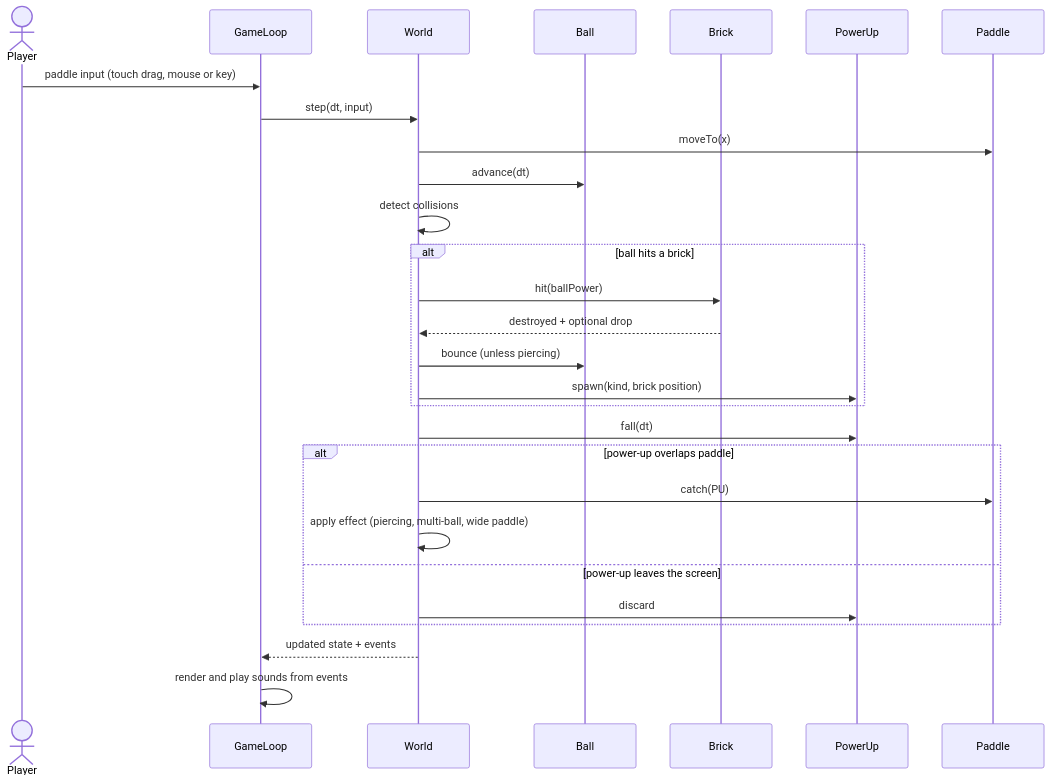
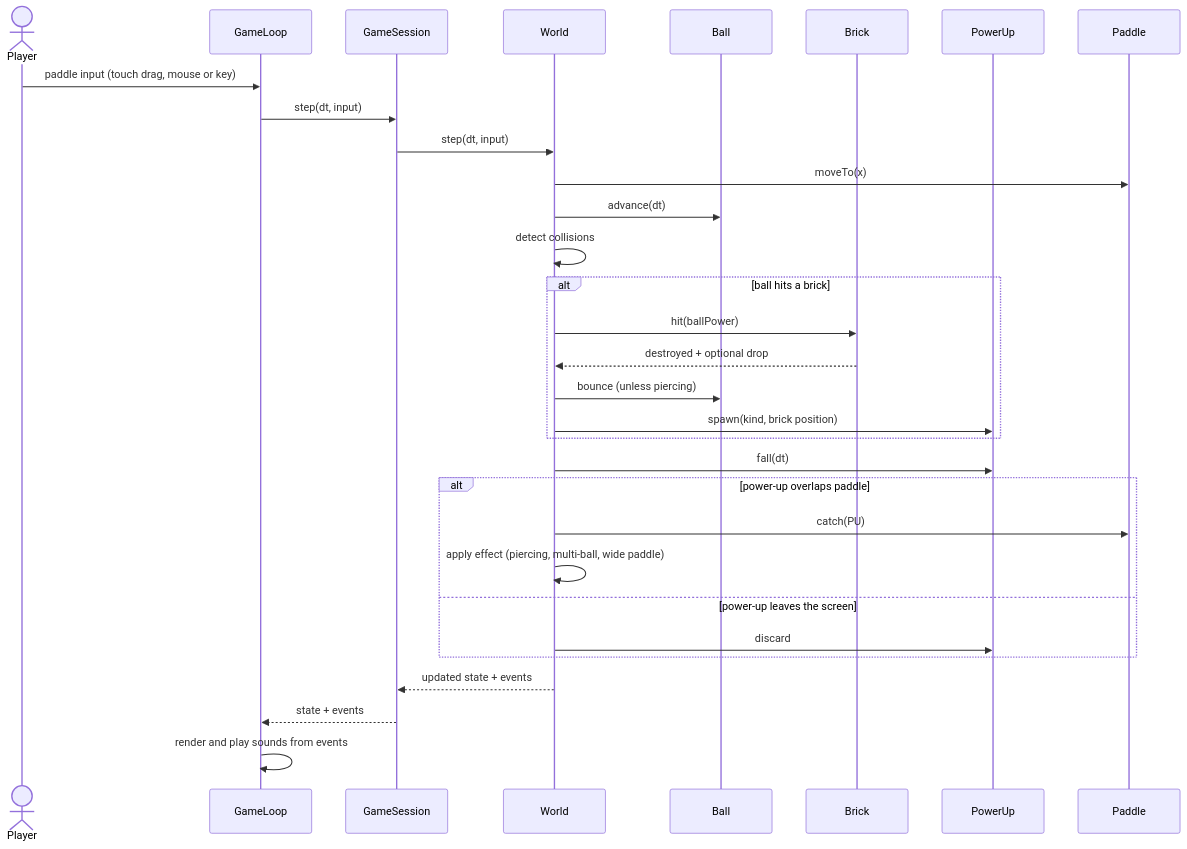
Before and after one commit to benoit-bremaud/retro-bounce: the diagram in docs/architecture/diagrams/gameplay/02-sequence-brick-hit-and-power-up.md, drawn with Mermaid. The commit also changed 4 other files, not shown here.

Commit message:
docs(gameplay): align UML diagrams after self-review

````diff
--- a/docs/architecture/diagrams/gameplay/02-sequence-brick-hit-and-power-up.md
+++ b/docs/architecture/diagrams/gameplay/02-sequence-brick-hit-and-power-up.md
@@ -12,30 +12,33 @@
 ```mermaid
 sequenceDiagram
   actor P as Player
   participant GL as GameLoop
+  participant S as GameSession
   participant W as World
   participant B as Ball
   participant BR as Brick
   participant PU as PowerUp
   participant PD as Paddle
   P->>GL: paddle input (touch drag, mouse or key)
-  GL->>W: step(dt, input)
+  GL->>S: step(dt, input)
+  S->>W: step(dt, input)
   W->>PD: moveTo(x)
   W->>B: advance(dt)
   W->>W: detect collisions
   alt ball hits a brick
     W->>BR: hit(ballPower)
     BR-->>W: destroyed + optional drop
     W->>B: bounce (unless piercing)
     W->>PU: spawn(kind, brick position)
   end
   W->>PU: fall(dt)
   alt power-up overlaps paddle
     W->>PD: catch(PU)
     W->>W: apply effect (piercing, multi-ball, wide paddle)
   else power-up leaves the screen
     W->>PU: discard
   end
-  W-->>GL: updated state + events
+  W-->>S: updated state + events
+  S-->>GL: state + events
   GL->>GL: render and play sounds from events
 ```
````
